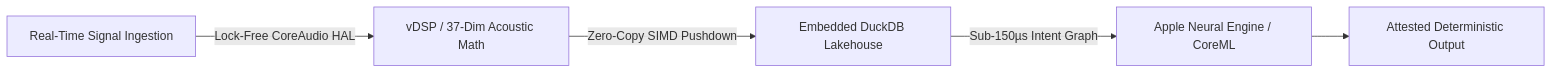
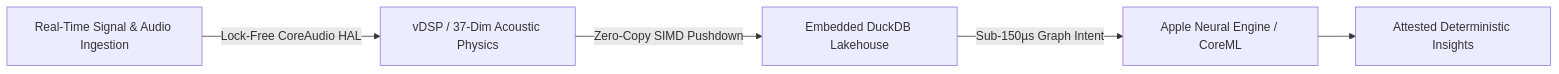
The diagram in README.md (adamscarmccoy-boop/adamscarmccoy-boop), drawn with Mermaid before and after one commit. The commit also changed other lines of this file, not shown here.

````diff
--- a/README.md
+++ b/README.md
@@ -22,7 +38,7 @@
 ```mermaid
 graph LR
-    A[Real-Time Signal Ingestion] -->|Lock-Free CoreAudio HAL| B[vDSP / 37-Dim Acoustic Math]
+    A[Real-Time Signal & Audio Ingestion] -->|Lock-Free CoreAudio HAL| B[vDSP / 37-Dim Acoustic Physics]
     B -->|Zero-Copy SIMD Pushdown| C[Embedded DuckDB Lakehouse]
-    C -->|Sub-150µs Intent Graph| D[Apple Neural Engine / CoreML]
-    D --> E[Attested Deterministic Output]
+    C -->|Sub-150µs Graph Intent| D[Apple Neural Engine / CoreML]
+    D --> E[Attested Deterministic Insights]
 ```
````
